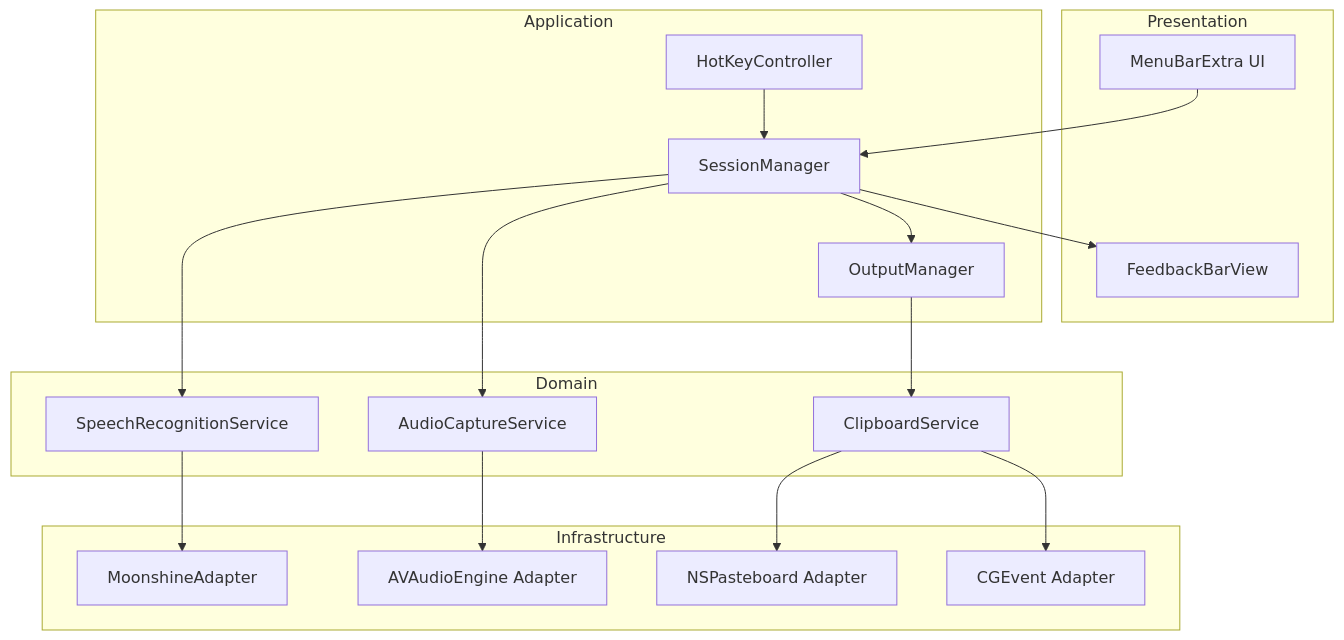
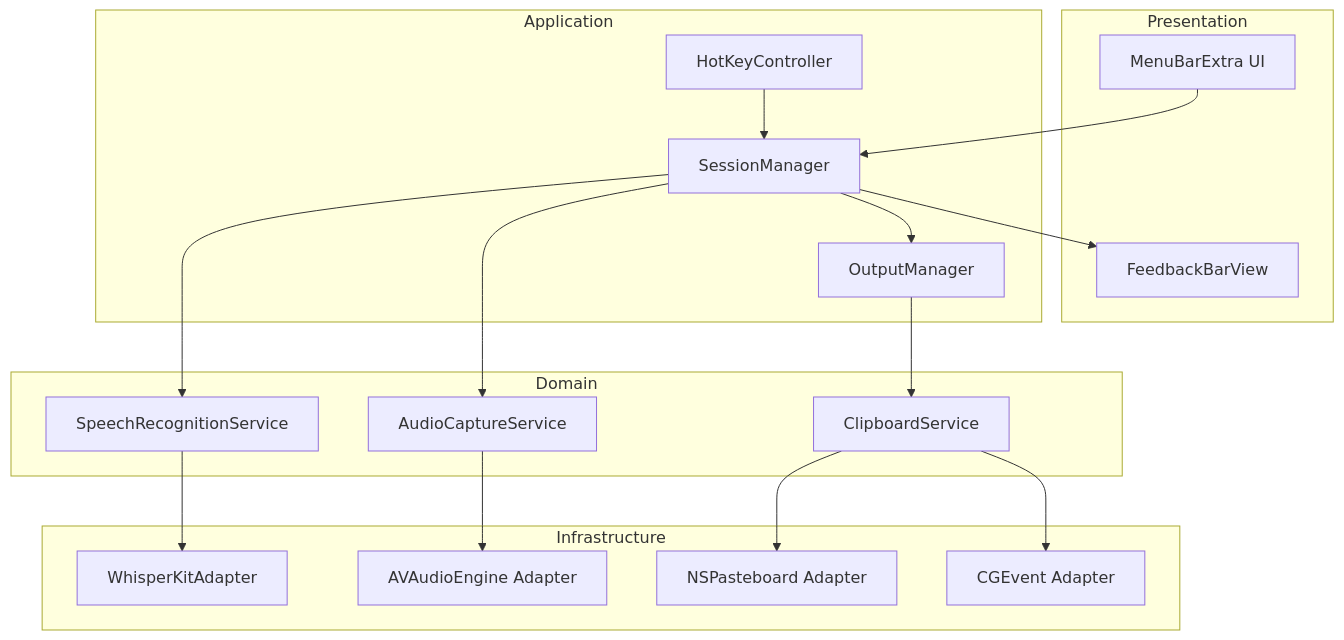
The first of 4 diagrams in .kiro/specs/macos-voice-input-client/design.md (ryosuke-horie/kuchibi), drawn with Mermaid before and after one commit. The commit also changed other lines of this file and 6 other files, not shown here.

````diff
--- a/.kiro/specs/macos-voice-input-client/design.md
+++ b/.kiro/specs/macos-voice-input-client/design.md
@@ -32,38 +32,38 @@
 ```mermaid
 graph TB
     subgraph Presentation
         MenuBar[MenuBarExtra UI]
         FeedbackBar[FeedbackBarView]
     end
 
     subgraph Application
         SessionMgr[SessionManager]
         HotKeyCtrl[HotKeyController]
         OutputMgr[OutputManager]
     end
 
     subgraph Domain
         AudioCapture[AudioCaptureService]
         SpeechRecog[SpeechRecognitionService]
         ClipboardSvc[ClipboardService]
     end
 
     subgraph Infrastructure
-        MoonshineAdapter[MoonshineAdapter]
+        WhisperKitAdapter[WhisperKitAdapter]
         MicAdapter[AVAudioEngine Adapter]
         PasteboardAdapter[NSPasteboard Adapter]
         KeyEventAdapter[CGEvent Adapter]
     end
 
     MenuBar --> SessionMgr
     HotKeyCtrl --> SessionMgr
     SessionMgr --> AudioCapture
     SessionMgr --> SpeechRecog
     SessionMgr --> OutputMgr
     SessionMgr --> FeedbackBar
     OutputMgr --> ClipboardSvc
     AudioCapture --> MicAdapter
-    SpeechRecog --> MoonshineAdapter
+    SpeechRecog --> WhisperKitAdapter
     ClipboardSvc --> PasteboardAdapter
     ClipboardSvc --> KeyEventAdapter
 ```
````
